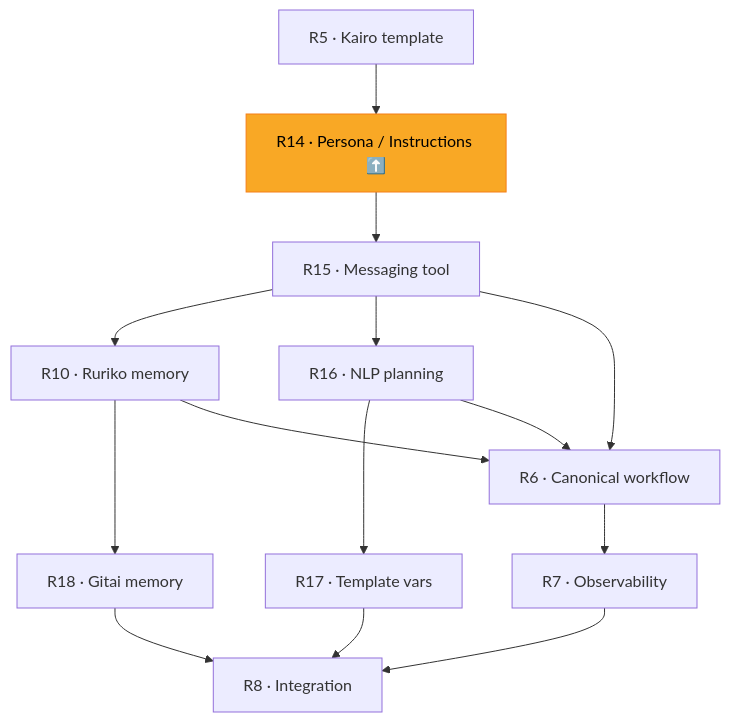
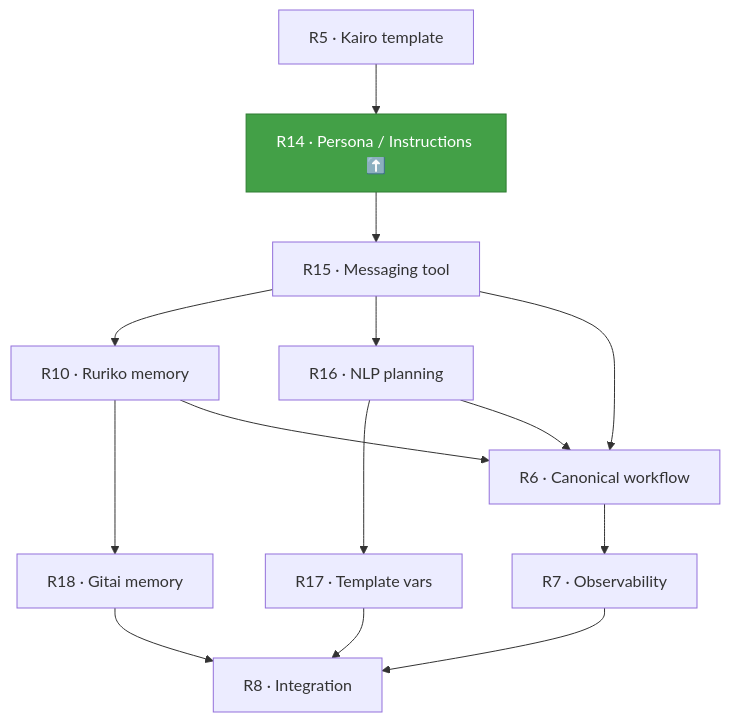
Before and after one commit to bdobrica/Ruriko: the diagram in TODO.md, drawn with Mermaid. The commit also changed other lines of this file and 3 other files, not shown here.

````diff
--- a/TODO.md
+++ b/TODO.md
@@ -15,25 +15,25 @@
 ```mermaid
 graph TD
     R5["R5 · Kairo template"]
     R14["R14 · Persona / Instructions ⬆️"]
     R15["R15 · Messaging tool"]
     R10["R10 · Ruriko memory"]
     R16["R16 · NLP planning"]
     R18["R18 · Gitai memory"]
     R17["R17 · Template vars"]
     R6["R6 · Canonical workflow"]
     R7["R7 · Observability"]
     R8["R8 · Integration"]
 
     R5 --> R14 --> R15
     R15 --> R10 --> R18
     R15 --> R16 --> R17
     R15 --> R6
     R10 --> R6
     R16 --> R6
     R6 --> R7 --> R8
     R17 --> R8
     R18 --> R8
 
-    style R14 fill:#f9a825,stroke:#f57f17,color:#000
+    style R14 fill:#43a047,stroke:#2e7d32,color:#fff
 ```
````
